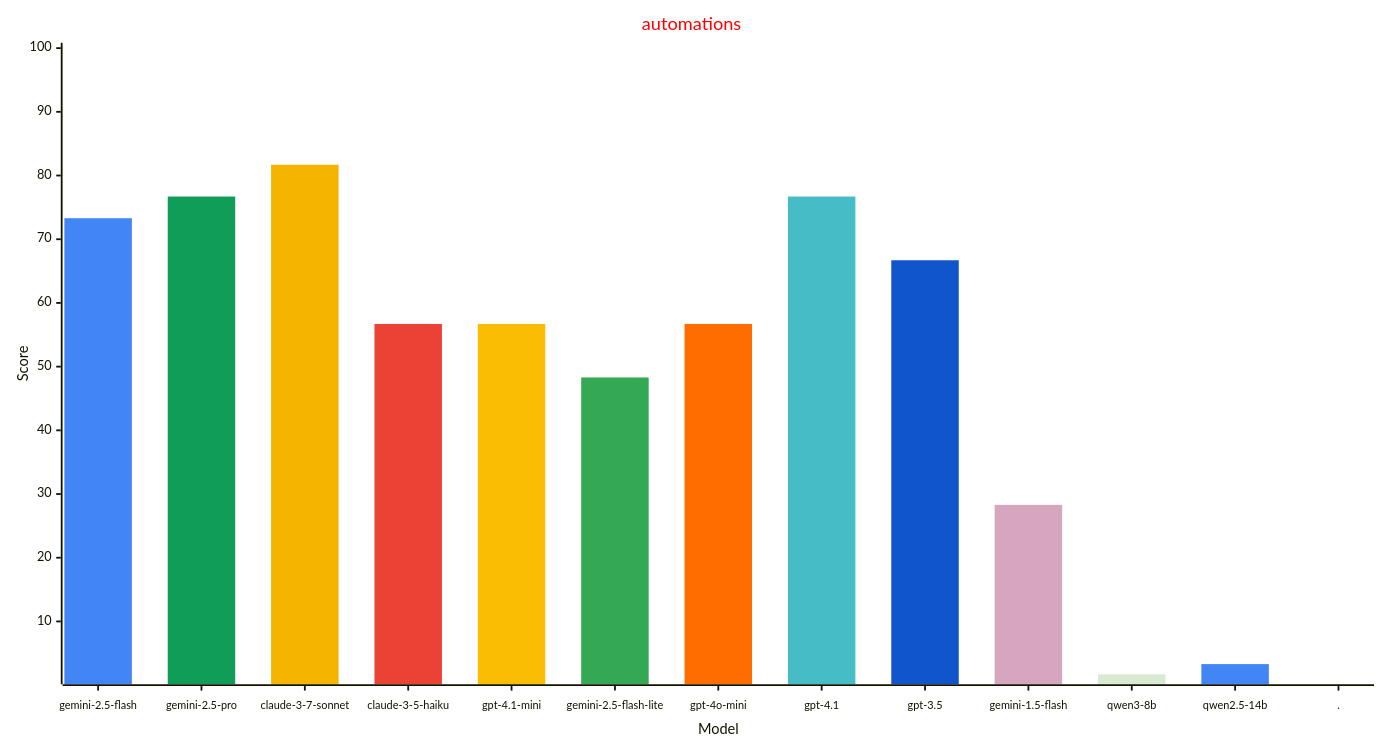
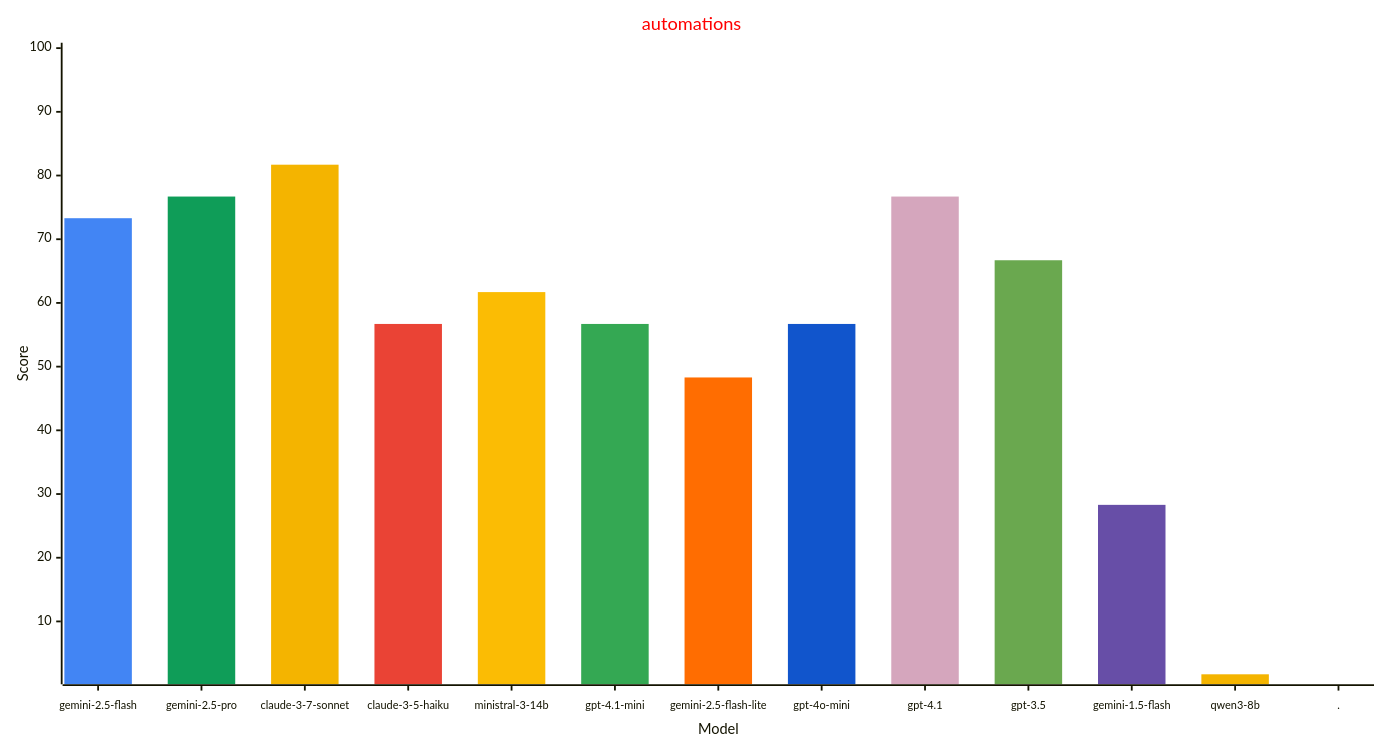
One commit to allenporter/home-assistant-datasets changed the fourth of 4 diagrams in reports/README.md. Above: the diagram before and after it, drawn with Mermaid. The commit also changed other lines of this file and 4246 other files, not shown here.

Commit message:
Add test results for Ministral family and Qwen3-4b-Instruct

````diff
--- a/reports/README.md
+++ b/reports/README.md
@@ -213,33 +227,34 @@
 ```mermaid
 ---
 config:
     xyChart:
         width: 1500
         height: 800
         xAxis:
           labelFontSize: 12
           labelPadding: 8
     themeVariables:
         xyChart:
             titleColor: "#ff0000"
-            plotColorPalette: "#4285f4, #0f9d58, #f4b400, #ea4335, #fbbc04, #34a853, #ff6d01, #46bdc6, #1155cc, #d5a6bd, #d9ead3, #4285f4, #4285f4"
+            plotColorPalette: "#4285f4, #0f9d58, #f4b400, #ea4335, #fbbc04, #34a853, #ff6d01, #1155cc, #d5a6bd, #6aa84f, #674ea7, #f4b400, #4285f4"
+
 
 ---
 xychart-beta
   title "automations"
-  x-axis "Model" [gemini-2.5-flash, gemini-2.5-pro, claude-3-7-sonnet, claude-3-5-haiku, gpt-4.1-mini, gemini-2.5-flash-lite, gpt-4o-mini, gpt-4.1, gpt-3.5, gemini-1.5-flash, qwen3-8b, qwen2.5-14b, .]
+  x-axis "Model" [gemini-2.5-flash, gemini-2.5-pro, claude-3-7-sonnet, claude-3-5-haiku, ministral-3-14b, gpt-4.1-mini, gemini-2.5-flash-lite, gpt-4o-mini, gpt-4.1, gpt-3.5, gemini-1.5-flash, qwen3-8b, .]
   y-axis "Score" 1 --> 100
   bar [73.3, 0.0, 0.0, 0.0, 0.0, 0.0, 0.0, 0.0, 0.0, 0.0, 0.0, 0.0, 0.0]
   bar [0.0, 76.7, 0.0, 0.0, 0.0, 0.0, 0.0, 0.0, 0.0, 0.0, 0.0, 0.0, 0.0]
   bar [0.0, 0.0, 81.7, 0.0, 0.0, 0.0, 0.0, 0.0, 0.0, 0.0, 0.0, 0.0, 0.0]
   bar [0.0, 0.0, 0.0, 56.7, 0.0, 0.0, 0.0, 0.0, 0.0, 0.0, 0.0, 0.0, 0.0]
-  bar [0.0, 0.0, 0.0, 0.0, 56.7, 0.0, 0.0, 0.0, 0.0, 0.0, 0.0, 0.0, 0.0]
-  bar [0.0, 0.0, 0.0, 0.0, 0.0, 48.3, 0.0, 0.0, 0.0, 0.0, 0.0, 0.0, 0.0]
-  bar [0.0, 0.0, 0.0, 0.0, 0.0, 0.0, 56.7, 0.0, 0.0, 0.0, 0.0, 0.0, 0.0]
-  bar [0.0, 0.0, 0.0, 0.0, 0.0, 0.0, 0.0, 76.7, 0.0, 0.0, 0.0, 0.0, 0.0]
-  bar [0.0, 0.0, 0.0, 0.0, 0.0, 0.0, 0.0, 0.0, 66.7, 0.0, 0.0, 0.0, 0.0]
-  bar [0.0, 0.0, 0.0, 0.0, 0.0, 0.0, 0.0, 0.0, 0.0, 28.3, 0.0, 0.0, 0.0]
-  bar [0.0, 0.0, 0.0, 0.0, 0.0, 0.0, 0.0, 0.0, 0.0, 0.0, 1.7, 0.0, 0.0]
-  bar [0.0, 0.0, 0.0, 0.0, 0.0, 0.0, 0.0, 0.0, 0.0, 0.0, 0.0, 3.3, 0.0]
+  bar [0.0, 0.0, 0.0, 0.0, 61.7, 0.0, 0.0, 0.0, 0.0, 0.0, 0.0, 0.0, 0.0]
+  bar [0.0, 0.0, 0.0, 0.0, 0.0, 56.7, 0.0, 0.0, 0.0, 0.0, 0.0, 0.0, 0.0]
+  bar [0.0, 0.0, 0.0, 0.0, 0.0, 0.0, 48.3, 0.0, 0.0, 0.0, 0.0, 0.0, 0.0]
+  bar [0.0, 0.0, 0.0, 0.0, 0.0, 0.0, 0.0, 56.7, 0.0, 0.0, 0.0, 0.0, 0.0]
+  bar [0.0, 0.0, 0.0, 0.0, 0.0, 0.0, 0.0, 0.0, 76.7, 0.0, 0.0, 0.0, 0.0]
+  bar [0.0, 0.0, 0.0, 0.0, 0.0, 0.0, 0.0, 0.0, 0.0, 66.7, 0.0, 0.0, 0.0]
+  bar [0.0, 0.0, 0.0, 0.0, 0.0, 0.0, 0.0, 0.0, 0.0, 0.0, 28.3, 0.0, 0.0]
+  bar [0.0, 0.0, 0.0, 0.0, 0.0, 0.0, 0.0, 0.0, 0.0, 0.0, 0.0, 1.7, 0.0]
   bar [0.0, 0.0, 0.0, 0.0, 0.0, 0.0, 0.0, 0.0, 0.0, 0.0, 0.0, 0.0, -1.0]
 ```
````
